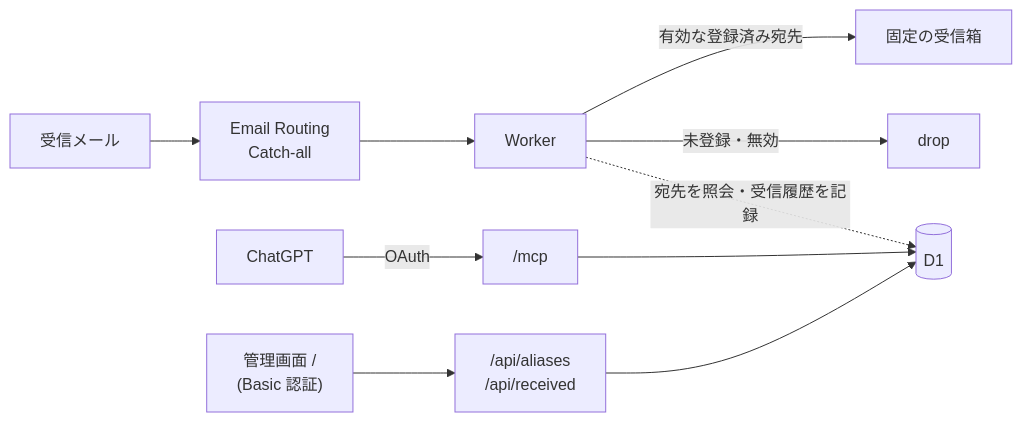
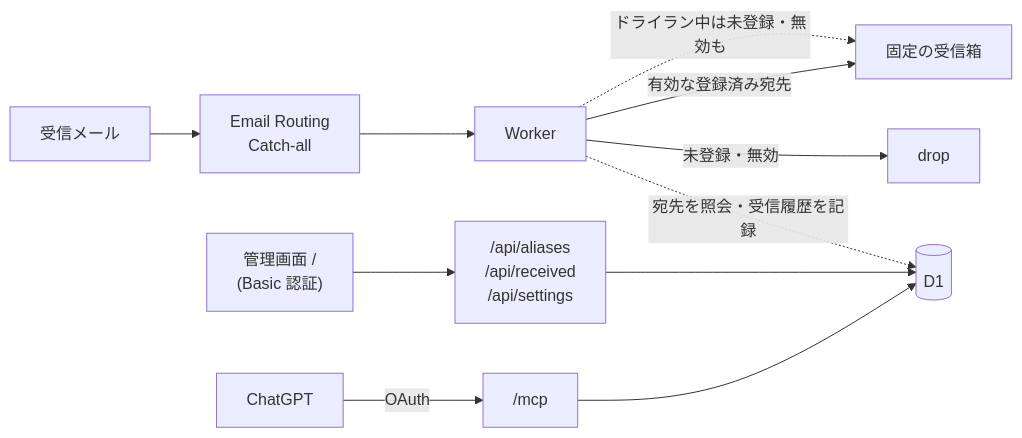
The diagram in README.md (trpfrog/email-aliases), drawn with Mermaid before and after one commit. The commit also changed other lines of this file and 32 other files, not shown here.

````diff
--- a/README.md
+++ b/README.md
@@ -6,13 +6,14 @@
 ```mermaid
 flowchart LR
   Mail[受信メール] --> Routing[Email Routing<br/>Catch-all]
   Routing --> Worker
   Worker -->|有効な登録済み宛先| Inbox[固定の受信箱]
   Worker -->|未登録・無効| Drop[drop]
+  Worker -.->|ドライラン中は未登録・無効も| Inbox
 
   ChatGPT -->|OAuth| MCP["/mcp"]
-  Admin["管理画面 /<br/>(Basic 認証)"] --> API["/api/aliases<br/>/api/received"]
+  Admin["管理画面 /<br/>(Basic 認証)"] --> API["/api/aliases<br/>/api/received<br/>/api/settings"]
   MCP --> D1[(D1)]
   API --> D1
   Worker -.->|宛先を照会・受信履歴を記録| D1
 ```
````
